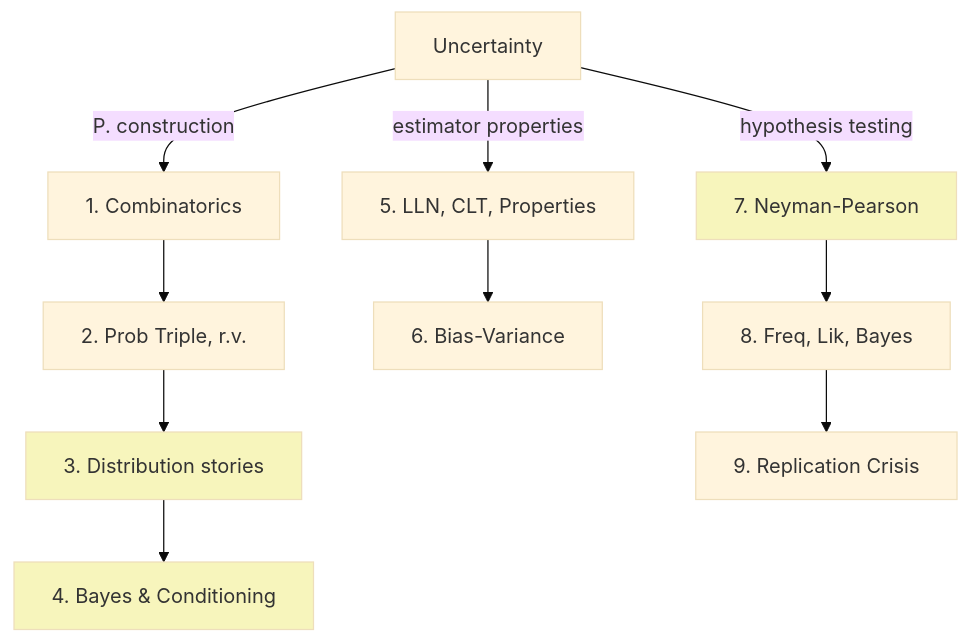
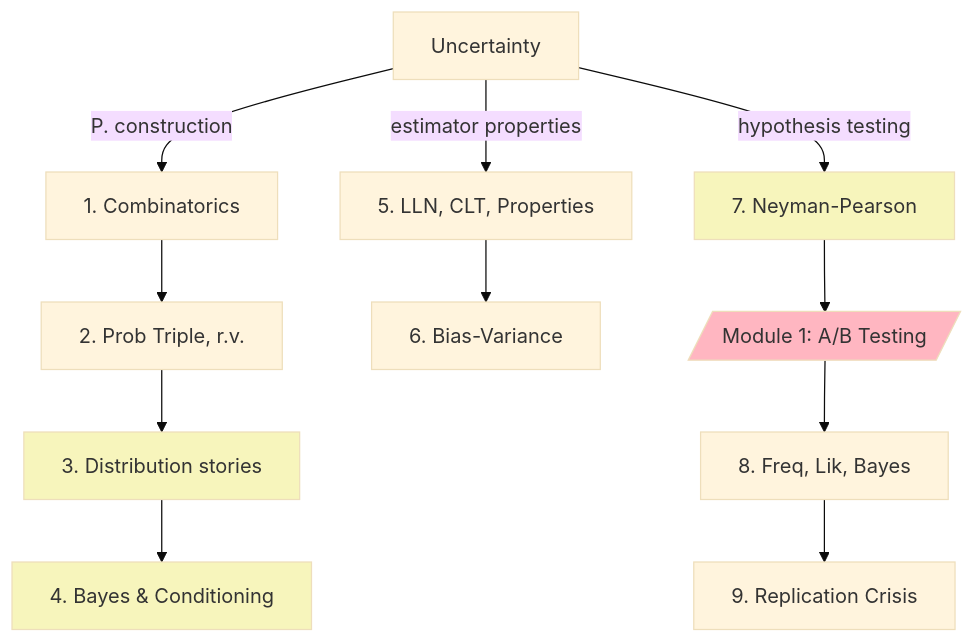
The diagram in course_book/01_fundamentals/prob_study_guide.qmd (Bizovi/decision-making-website), drawn with Mermaid (base theme) before and after one commit. The commit also changed other lines of this file, not shown here.

````diff
--- a/course_book/01_fundamentals/prob_study_guide.qmd
+++ b/course_book/01_fundamentals/prob_study_guide.qmd
@@ -12,18 +12,20 @@
 ```{mermaid}
 %%| label: fig-mermaid
 %%| fig-width: 9
 %%| fig-cap: |
 %%|   A mind map of lectures grouped by theme so you can navigate the study guide easier. See below all the topics, case-studies, references, and readings for each chapter or lecture.
 
 flowchart TD
 
     U[Uncertainty] -- P. construction --> Comb[1. Combinatorics] --> PTr[2. Prob Triple, r.v.] --> RV[3. Distribution stories] --> B[4. Bayes & Conditioning]
 
     U -- estimator properties --> E[5. LLN, CLT, Properties] --> BV[6. Bias-Variance]
 
-    U -- hypothesis testing --> NP[7. Neyman-Pearson] --> Persp[8. Freq, Lik, Bayes] --> RC[9. Replication Crisis]
+    U -- hypothesis testing --> NP[7. Neyman-Pearson] --> M1[/Module 1: A/B Testing/] --> Persp[8. Freq, Lik, Bayes] --> RC[9. Replication Crisis]
 
     style RV fill:#f7f5bc
     style B fill:#f7f5bc
     style NP fill:#f7f5bc
+
+    style M1 fill:#ffb6c1
 ```
````
